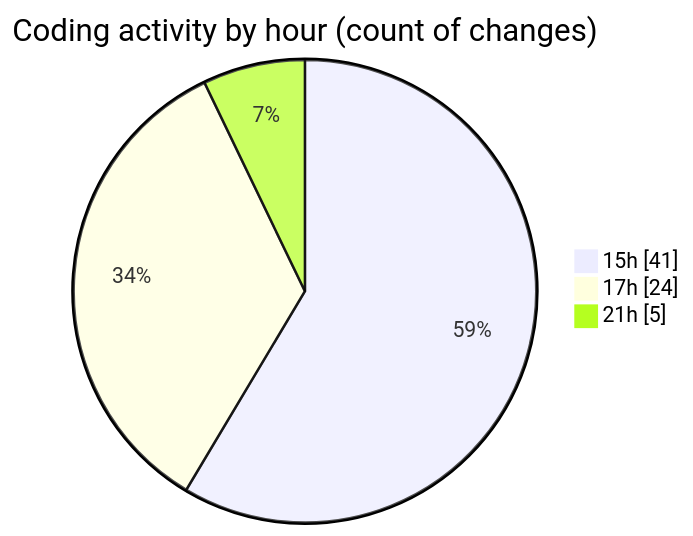
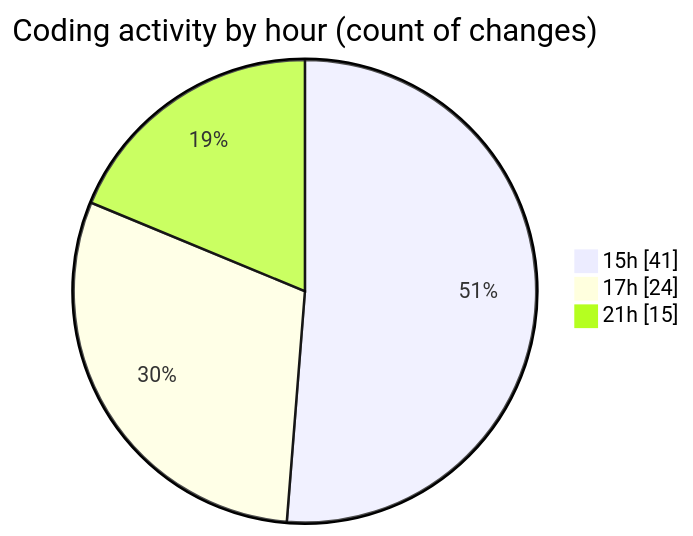
The second of 2 diagrams in 2025-10-26/skintrack/README.md (Netris89/code-tracking), drawn with Mermaid before and after one commit. The commit also changed other lines of this file and 1 other file, not shown here.

````diff
--- a/2025-10-26/skintrack/README.md
+++ b/2025-10-26/skintrack/README.md
@@ -37,7 +38,7 @@
 ```mermaid
 pie showData
 title Coding activity by hour (count of changes)
 "15h" : 41
 "17h" : 24
-"21h" : 5
+"21h" : 15
 ```
````
